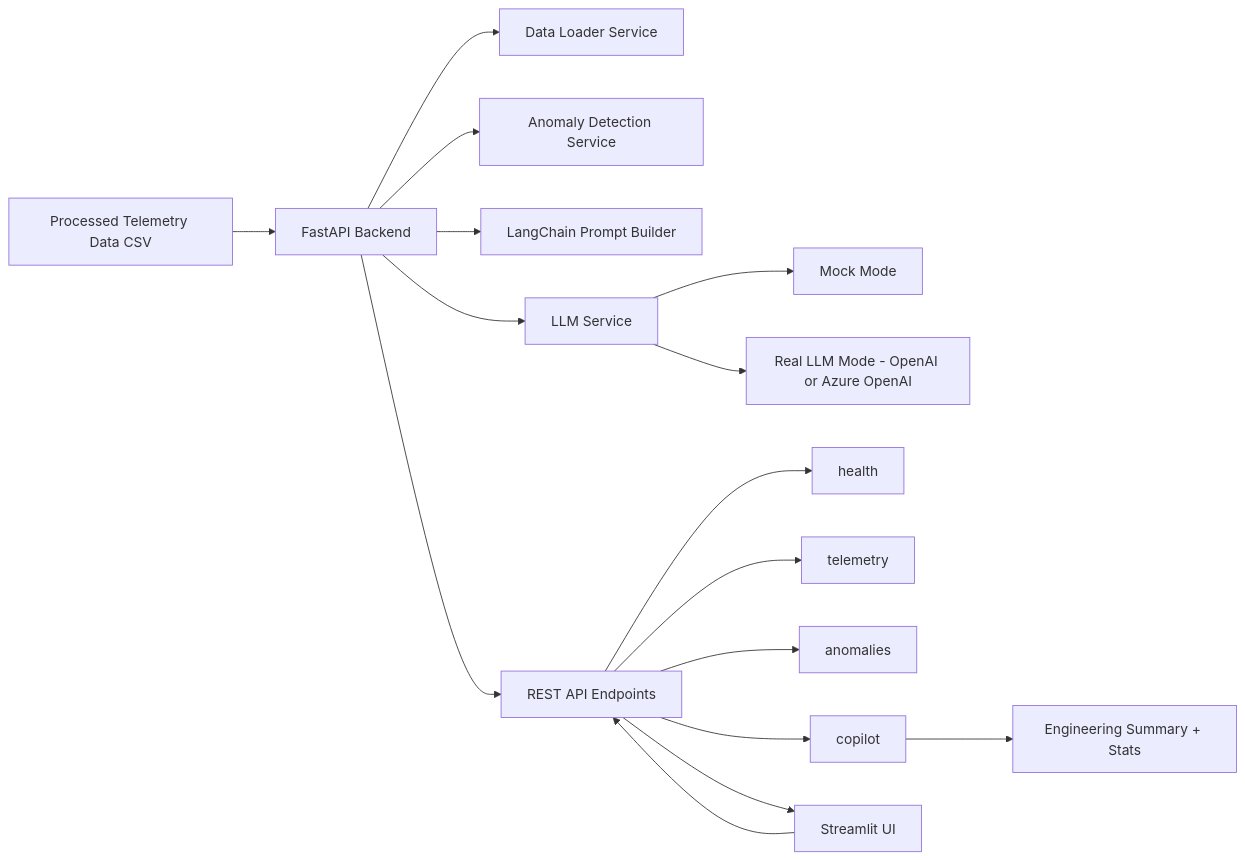
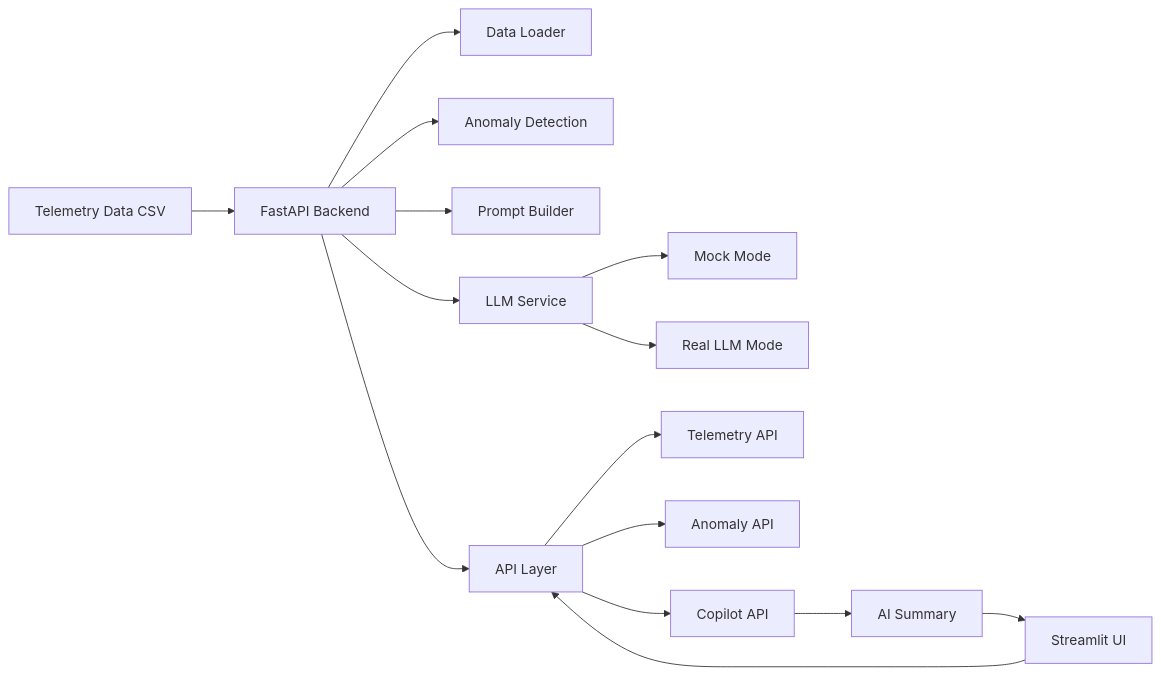
The first of 2 diagrams in README.md (a7madgamaltantawy/ai-telemetry-copilot), drawn with Mermaid before and after one commit. The commit also changed other lines of this file, not shown here.

````diff
--- a/README.md
+++ b/README.md
@@ -86,24 +36,23 @@
 ```mermaid
 flowchart LR
-    A[Processed Telemetry Data CSV] --> B[FastAPI Backend]
+    A[Telemetry Data CSV] --> B[FastAPI Backend]
 
-    B --> C[Data Loader Service]
-    B --> D[Anomaly Detection Service]
-    B --> E[LangChain Prompt Builder]
+    B --> C[Data Loader]
+    B --> D[Anomaly Detection]
+    B --> E[Prompt Builder]
     B --> F[LLM Service]
 
     F --> G[Mock Mode]
-    F --> H[Real LLM Mode - OpenAI or Azure OpenAI]
+    F --> H[Real LLM Mode]
 
-    B --> I[REST API Endpoints]
+    B --> I[API Layer]
 
-    I --> J[health]
-    I --> K[telemetry]
-    I --> L[anomalies]
-    I --> M[copilot]
+    I --> J[Telemetry API]
+    I --> K[Anomaly API]
+    I --> L[Copilot API]
 
-    M --> N[Engineering Summary + Stats]
+    L --> M[AI Summary]
 
-    O[Streamlit UI] --> I
-    I --> O
+    N[Streamlit UI] --> I
+    M --> N
 ```
````
